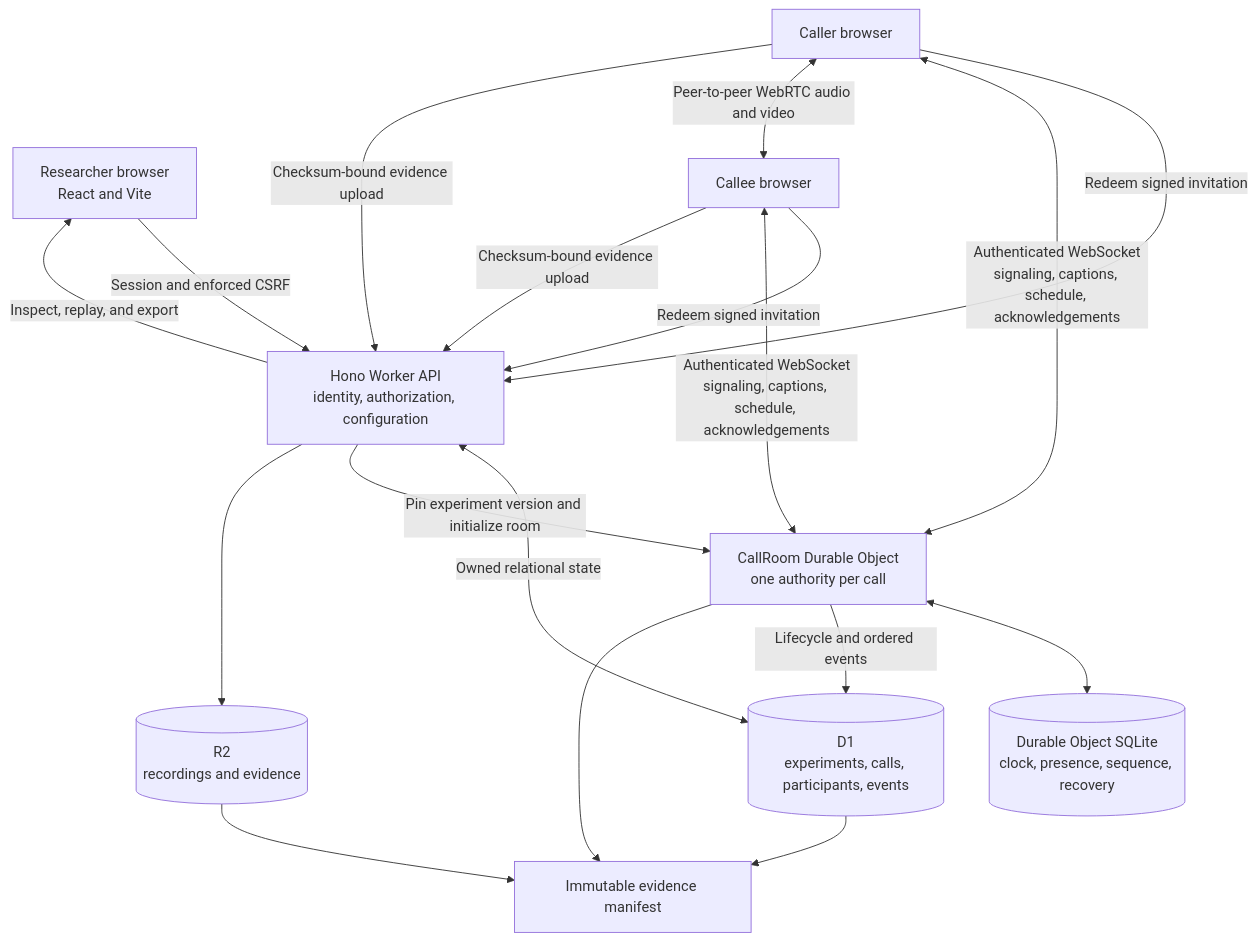
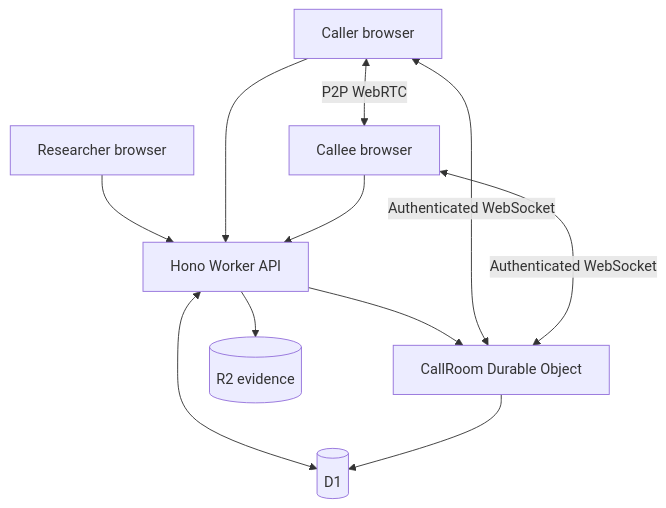
Before and after one commit to mcc0nnell/ace-omni-cf: the first of 2 diagrams in README.md, drawn with Mermaid. The commit also changed other lines of this file, not shown here.

````diff
--- a/README.md
+++ b/README.md
@@ -36,33 +204,21 @@
 ```mermaid
 flowchart TB
-    researcher["Researcher browser<br/>React and Vite"]
-    api["Hono Worker API<br/>identity, authorization, configuration"]
-    d1[("D1<br/>experiments, calls, participants, events")]
-    room["CallRoom Durable Object<br/>one authority per call"]
-    roomdb[("Durable Object SQLite<br/>clock, presence, sequence, recovery")]
+    researcher["Researcher browser"]
+    api["Hono Worker API"]
+    d1[("D1")]
+    room["CallRoom Durable Object"]
     caller["Caller browser"]
     callee["Callee browser"]
-    r2[("R2<br/>recordings and evidence")]
-    manifest["Immutable evidence manifest"]
+    r2[("R2 evidence")]
 
-    researcher -->|"Session and enforced CSRF"| api
-    api <-->|"Owned relational state"| d1
-    api -->|"Pin experiment version and initialize room"| room
-    room <--> roomdb
-
-    caller -->|"Redeem signed invitation"| api
-    callee -->|"Redeem signed invitation"| api
-    caller <-->|"Authenticated WebSocket<br/>signaling, captions, schedule, acknowledgements"| room
-    callee <-->|"Authenticated WebSocket<br/>signaling, captions, schedule, acknowledgements"| room
-    caller <-->|"Peer-to-peer WebRTC audio and video"| callee
-
-    room -->|"Lifecycle and ordered events"| d1
-    caller -->|"Checksum-bound evidence upload"| api
-    callee -->|"Checksum-bound evidence upload"| api
+    researcher --> api
+    api <--> d1
+    api --> room
+    caller <-->|"Authenticated WebSocket"| room
+    callee <-->|"Authenticated WebSocket"| room
+    caller <-->|"P2P WebRTC"| callee
+    room --> d1
+    caller --> api
+    callee --> api
     api --> r2
-
-    d1 --> manifest
-    room --> manifest
-    r2 --> manifest
-    api -->|"Inspect, replay, and export"| researcher
 ```
````
